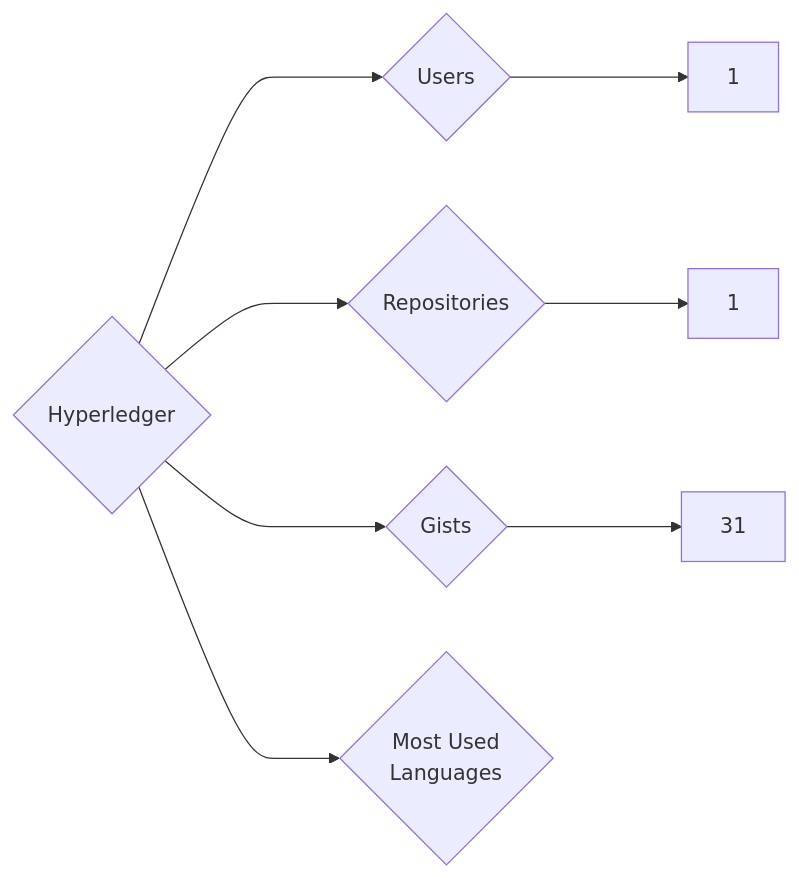
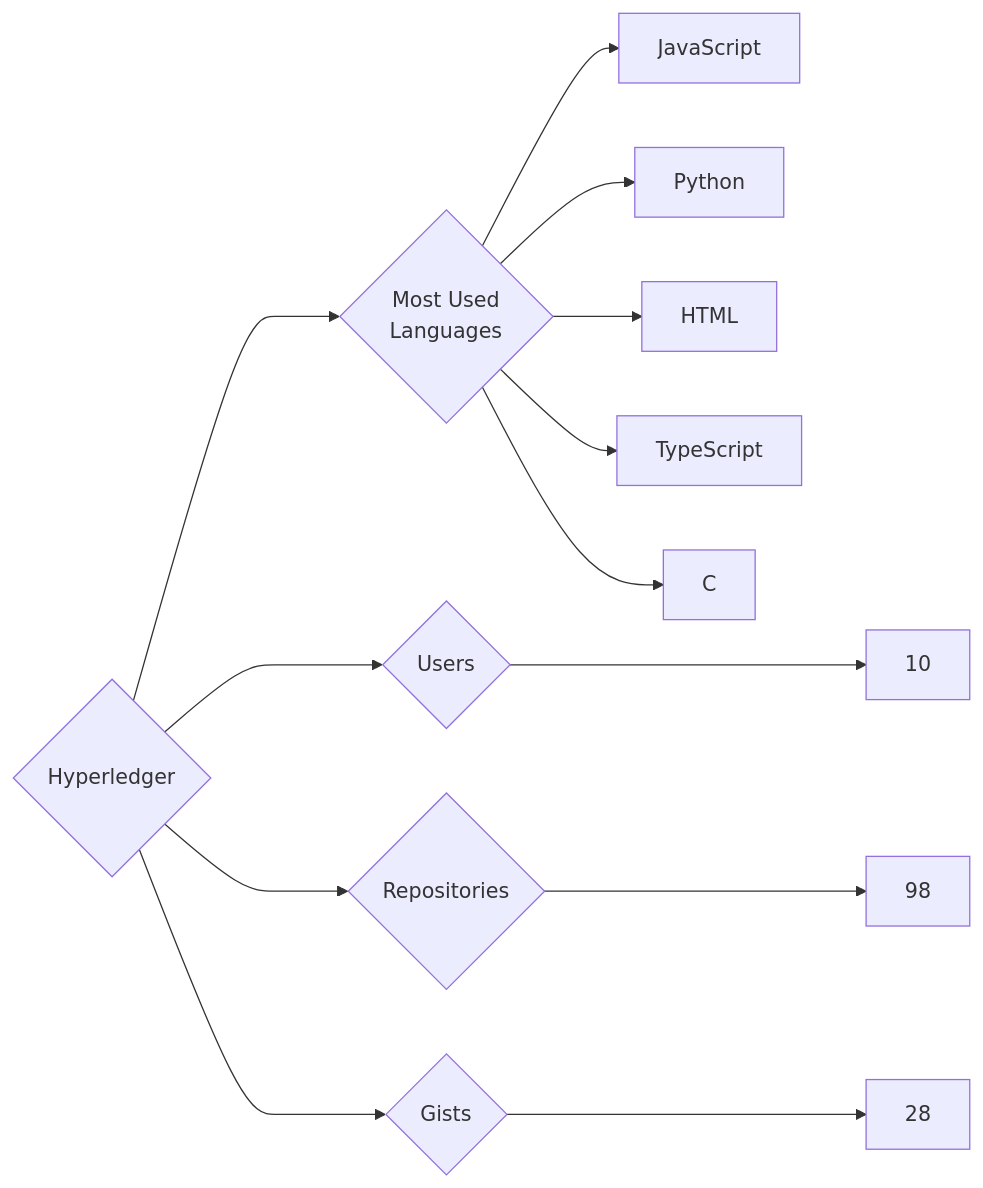
Before and after one commit to trickest/insiders: the diagram in targets/Hyperledger/README.md, drawn with Mermaid. The commit also changed 1149 other files, not shown here.

````diff
--- a/targets/Hyperledger/README.md
+++ b/targets/Hyperledger/README.md
@@ -3,8 +3,13 @@
 ```mermaid
 graph LR
 COMPANY_NAME{Hyperledger}
-COMPANY_NAME ---> U{Users} ---> UN[1]
-COMPANY_NAME ---> R{Repositories} ---> RN[1]
-COMPANY_NAME ---> G{Gists} ---> GN[31]
+COMPANY_NAME ---> U{Users} ---> UN[10]
+COMPANY_NAME ---> R{Repositories} ---> RN[98]
+COMPANY_NAME ---> G{Gists} ---> GN[28]
 COMPANY_NAME ---> ML{Most Used<br>Languages}
+ML --> JavaScript[JavaScript]
+ML --> Python[Python]
+ML --> HTML[HTML]
+ML --> TypeScript[TypeScript]
+ML --> C[C]
 ```
````
